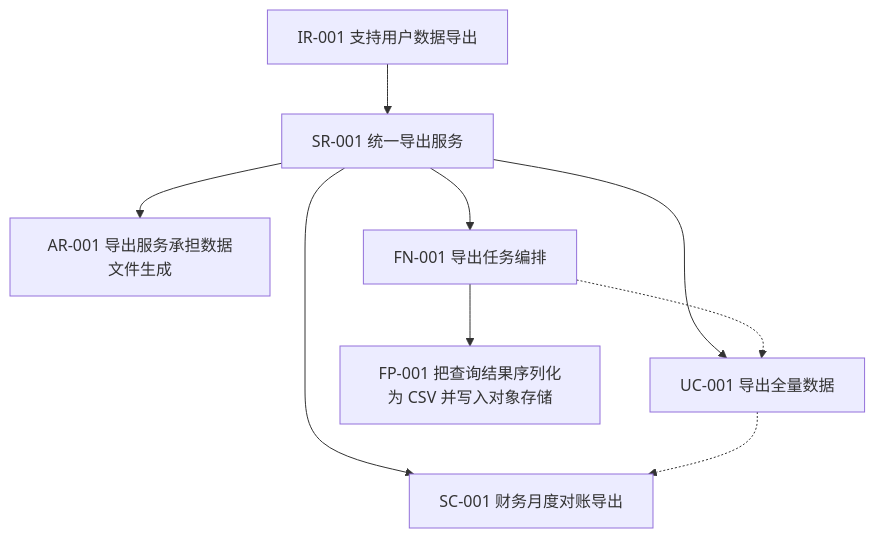
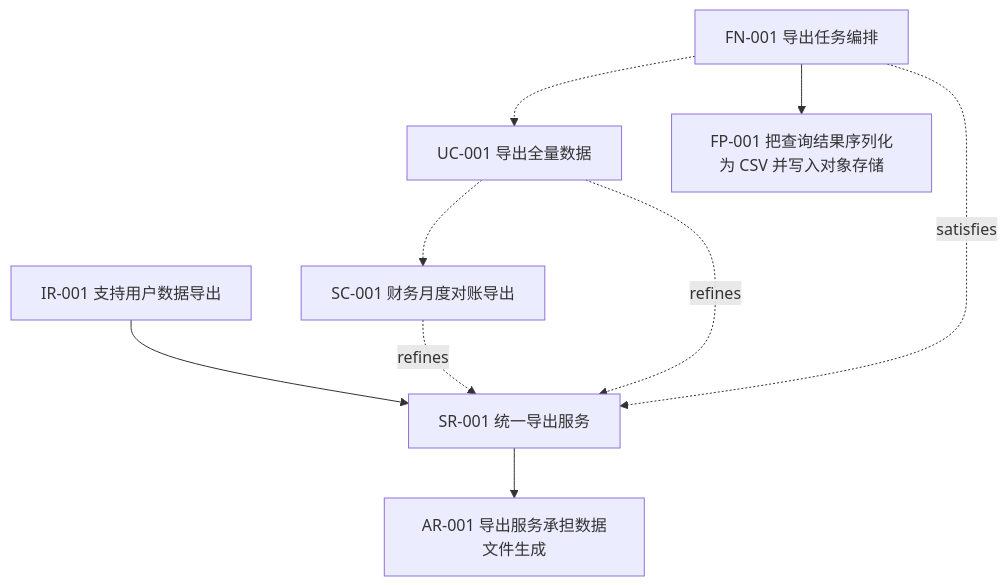
Before and after one commit to CrazyTomatoOo/BaiZeArchitect: the diagram in README.md, drawn with Mermaid. The commit also changed other lines of this file and 5 other files, not shown here.

````diff
--- a/README.md
+++ b/README.md
@@ -21,19 +21,19 @@
 ```mermaid
 graph TD
   IR["IR-001 支持用户数据导出"]
   SR["SR-001 统一导出服务"]
   AR["AR-001 导出服务承担数据文件生成"]
   SC["SC-001 财务月度对账导出"]
   UC["UC-001 导出全量数据"]
   FN["FN-001 导出任务编排"]
   FP["FP-001 把查询结果序列化为 CSV 并写入对象存储"]
 
   IR --> SR
   SR --> AR
-  SR --> SC
-  SR --> UC
-  SR --> FN
   FN --> FP
+  SC -.->|refines| SR
+  UC -.->|refines| SR
+  FN -.->|satisfies| SR
   UC -.-> SC
   FN -.-> UC
 ```
````
